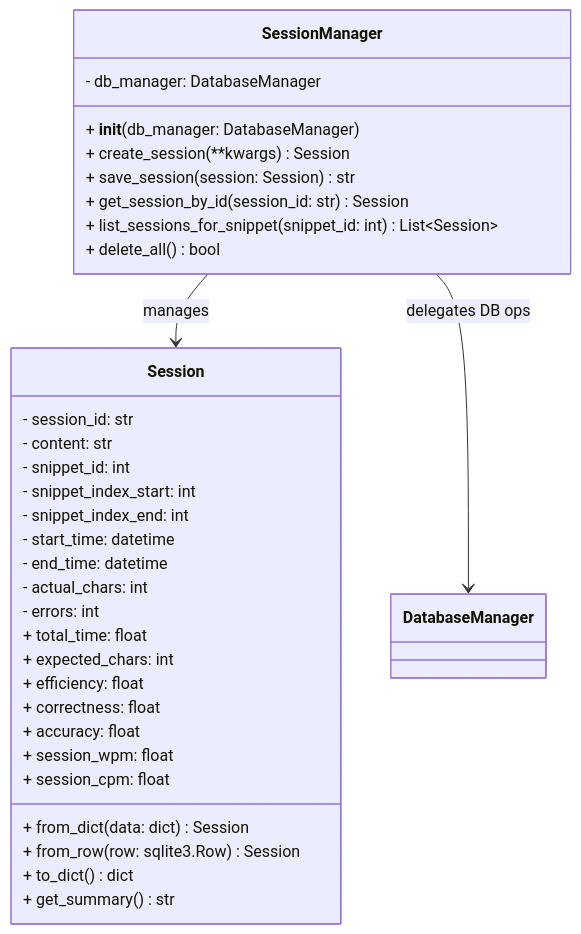
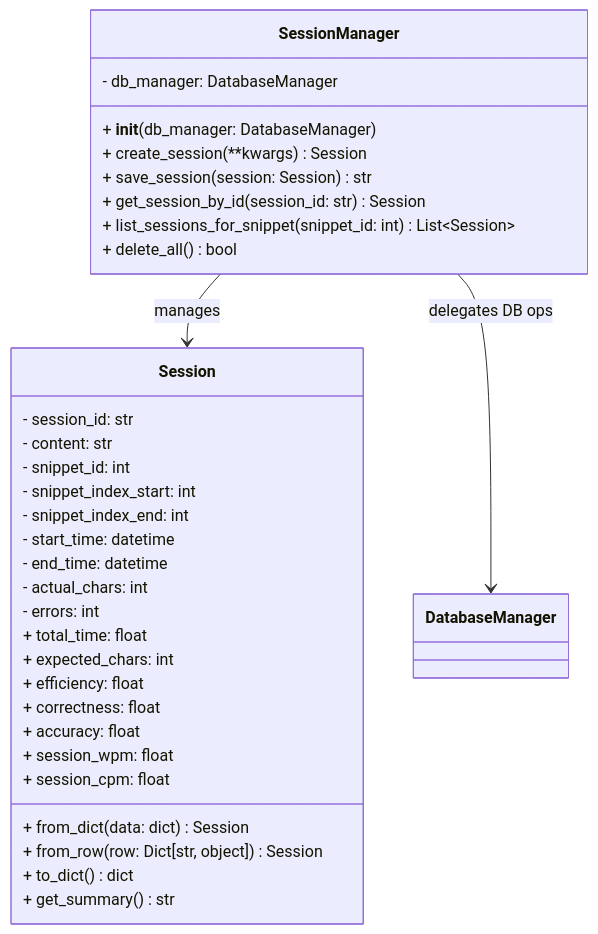
The diagram in Requirements/PracticeSession.md (SeanAdams10/AITypingTrainer), drawn with Mermaid before and after one commit. The commit also changed 29 other files, not shown here.

````diff
--- a/Requirements/PracticeSession.md
+++ b/Requirements/PracticeSession.md
@@ -105,36 +105,36 @@
 ```mermaid
 classDiagram
     class Session {
         - session_id: str
         - content: str
         - snippet_id: int
         - snippet_index_start: int
         - snippet_index_end: int
         - start_time: datetime
         - end_time: datetime
         - actual_chars: int
         - errors: int
         + from_dict(data: dict) Session
-        + from_row(row: sqlite3.Row) Session
+        + from_row(row: Dict[str, object]) Session
         + to_dict() dict
         + get_summary() str
         + total_time: float
         + expected_chars: int
         + efficiency: float
         + correctness: float
         + accuracy: float
         + session_wpm: float
         + session_cpm: float
     }
     class SessionManager {
         - db_manager: DatabaseManager
         + __init__(db_manager: DatabaseManager)
         + create_session(**kwargs) Session
         + save_session(session: Session) str
         + get_session_by_id(session_id: str) Session
         + list_sessions_for_snippet(snippet_id: int) List~Session~
         + delete_all() bool
     }
     SessionManager --> Session : manages
     SessionManager --> DatabaseManager : delegates DB ops
 ```
````
